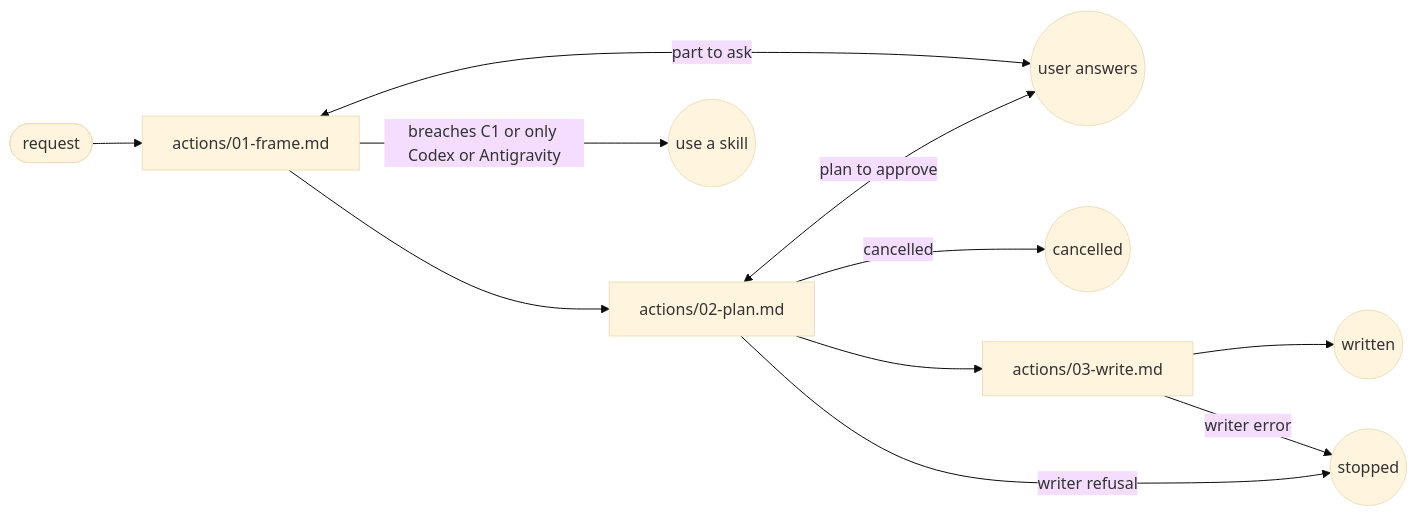
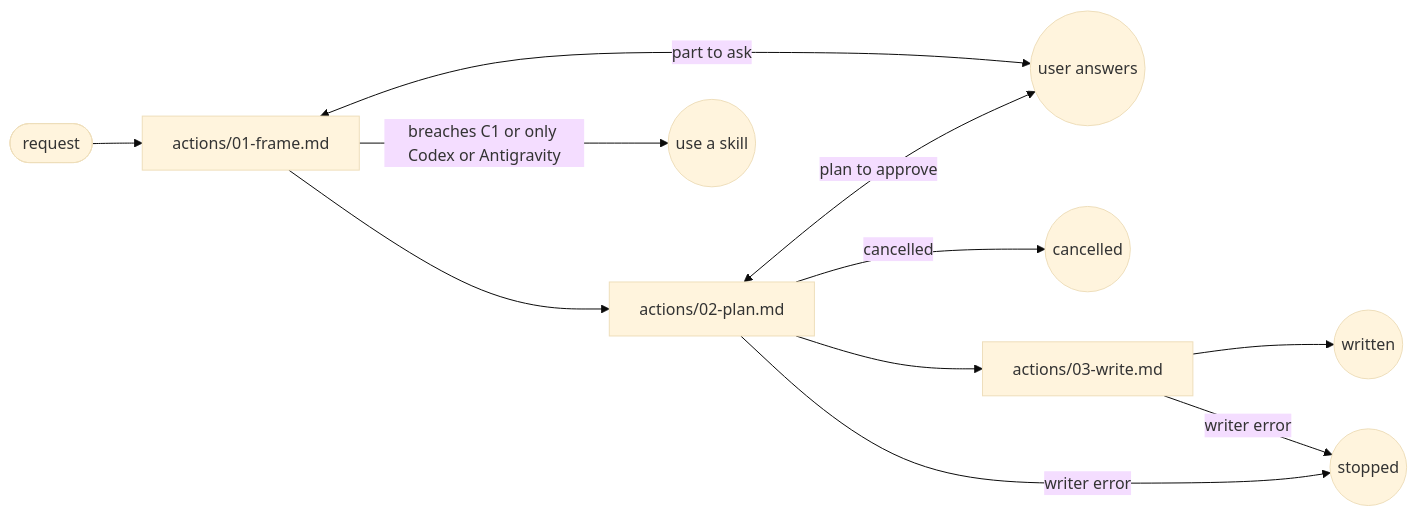
One commit to ai-driven-dev/framework changed the diagram in plugins/aidd-context/skills/07-command-generate/SKILL.md. Above: the diagram before and after it, drawn with Mermaid (base theme). The commit also changed 6 other files, not shown here.

````diff
--- a/plugins/aidd-context/skills/07-command-generate/SKILL.md
+++ b/plugins/aidd-context/skills/07-command-generate/SKILL.md
@@ -9,13 +9,13 @@
 ```mermaid
 flowchart LR
   entry([request]) --> frame["actions/01-frame.md"]
   frame <-->|"part to ask"| user((user answers))
   frame -->|"breaches C1 or only Codex or Antigravity"| skill((use a skill))
   frame --> plan["actions/02-plan.md"]
   plan <-->|"plan to approve"| user
   plan -->|"cancelled"| cancelled((cancelled))
   plan --> write["actions/03-write.md"]
   write --> done((written))
-  plan -->|"writer refusal"| stopped((stopped))
+  plan -->|"writer error"| stopped((stopped))
   write -->|"writer error"| stopped
 ```
````
